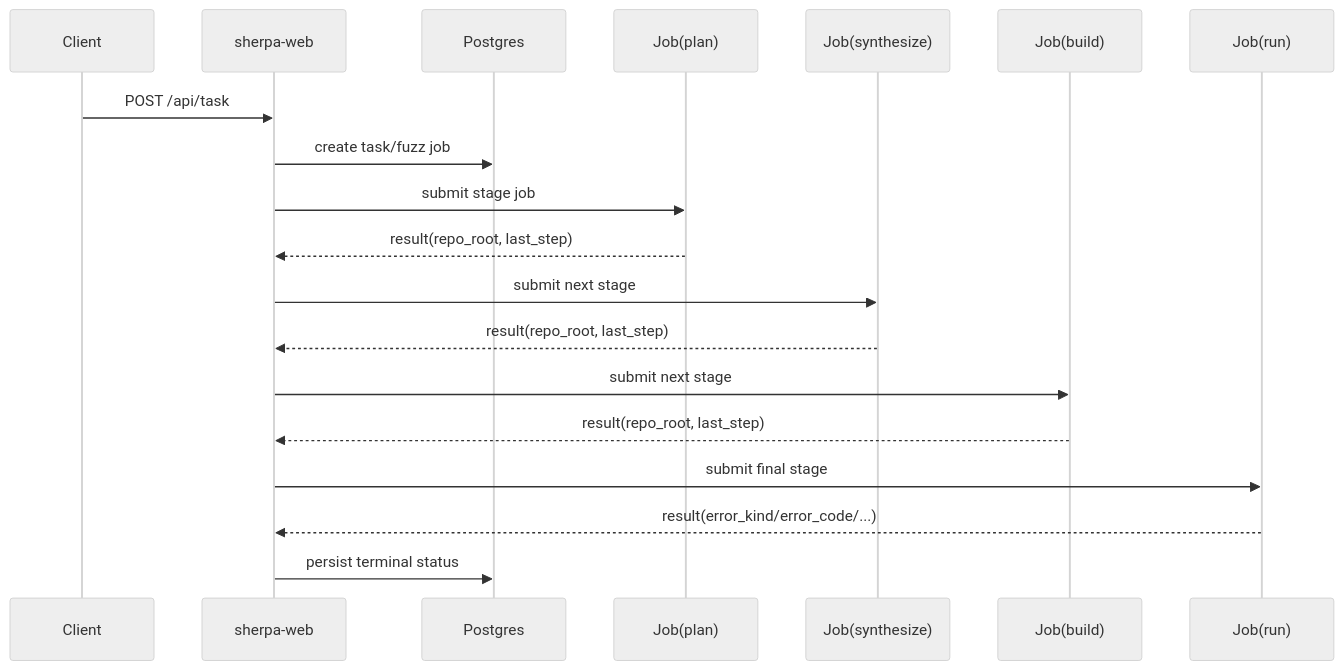
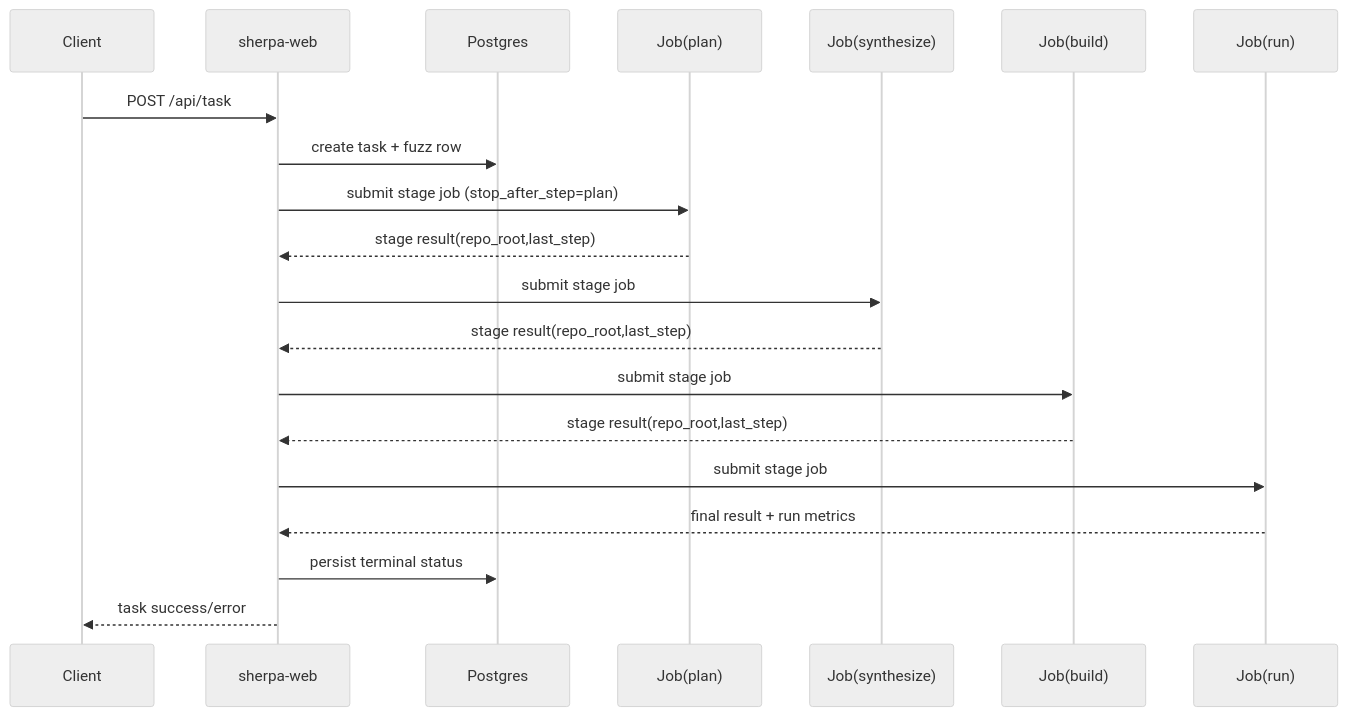
One commit to ZUENS2020/Sherpa changed the second of 8 diagrams in README.md. Above: the diagram before and after it, drawn with Mermaid (neutral theme). The commit also changed other lines of this file, not shown here.

````diff
--- a/README.md
+++ b/README.md
@@ -55,22 +90,23 @@
 ```mermaid
 sequenceDiagram
   participant C as Client
-  participant A as sherpa-web
+  participant W as sherpa-web
   participant D as Postgres
   participant P as Job(plan)
   participant S as Job(synthesize)
   participant B as Job(build)
   participant R as Job(run)
 
-  C->>A: POST /api/task
-  A->>D: create task/fuzz job
-  A->>P: submit stage job
-  P-->>A: result(repo_root, last_step)
-  A->>S: submit next stage
-  S-->>A: result(repo_root, last_step)
-  A->>B: submit next stage
-  B-->>A: result(repo_root, last_step)
-  A->>R: submit final stage
-  R-->>A: result(error_kind/error_code/...)
-  A->>D: persist terminal status
+  C->>W: POST /api/task
+  W->>D: create task + fuzz row
+  W->>P: submit stage job (stop_after_step=plan)
+  P-->>W: stage result(repo_root,last_step)
+  W->>S: submit stage job
+  S-->>W: stage result(repo_root,last_step)
+  W->>B: submit stage job
+  B-->>W: stage result(repo_root,last_step)
+  W->>R: submit stage job
+  R-->>W: final result + run metrics
+  W->>D: persist terminal status
+  W-->>C: task success/error
 ```
````
